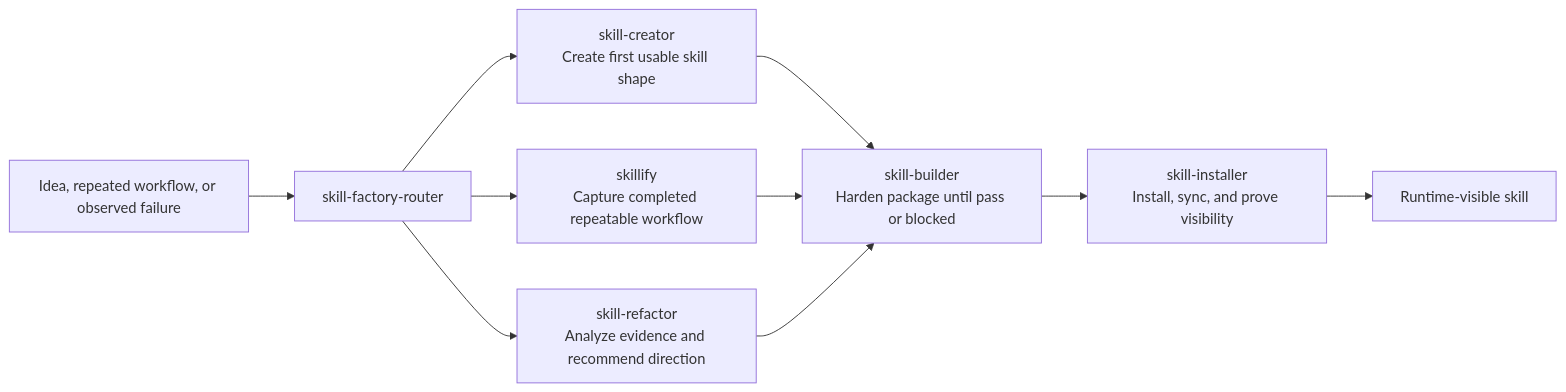
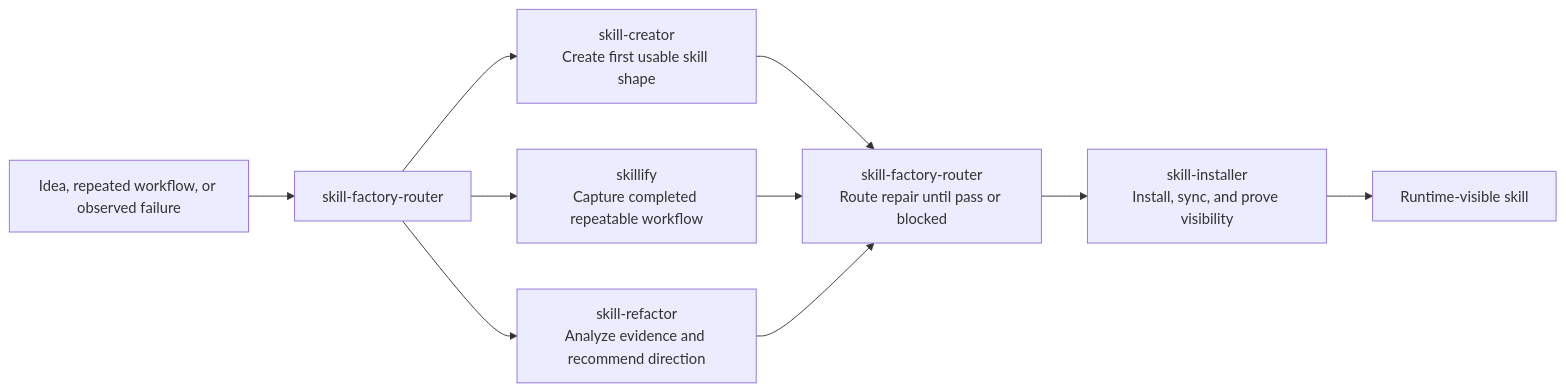
One commit to jscraik/Agent-Skills changed the diagram in Plugins/skill-factory/README.md. Above: the diagram before and after it, drawn with Mermaid. The commit also changed other lines of this file and 423 other files, not shown here.

````diff
--- a/Plugins/skill-factory/README.md
+++ b/Plugins/skill-factory/README.md
@@ -31,12 +31,12 @@
 ```mermaid
 flowchart LR
   Idea["Idea, repeated workflow, or observed failure"] --> Router["skill-factory-router"]
   Router --> Creator["skill-creator<br/>Create first usable skill shape"]
   Router --> Skillify["skillify<br/>Capture completed repeatable workflow"]
   Router --> Refactor["skill-refactor<br/>Analyze evidence and recommend direction"]
-  Creator --> Builder["skill-builder<br/>Harden package until pass or blocked"]
+  Creator --> Builder["skill-factory-router<br/>Route repair until pass or blocked"]
   Skillify --> Builder
   Refactor --> Builder
   Builder --> Installer["skill-installer<br/>Install, sync, and prove visibility"]
   Installer --> Runtime["Runtime-visible skill"]
 ```
````
